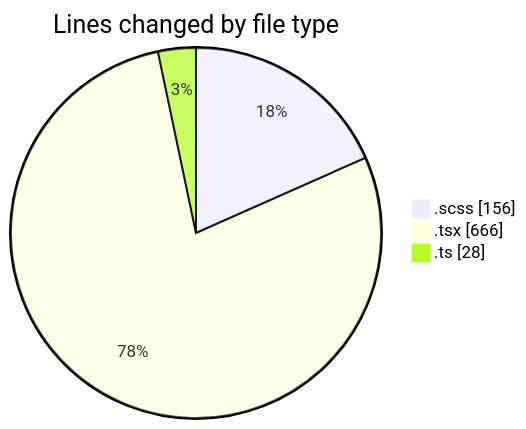
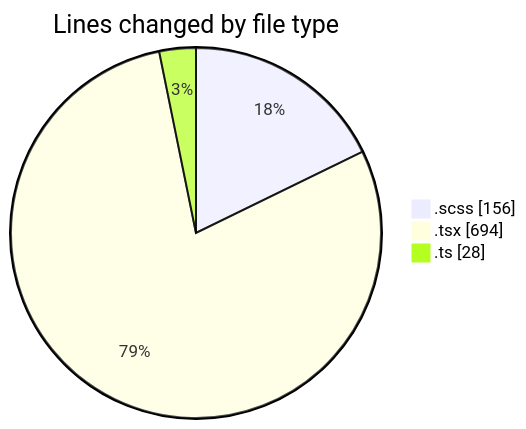
One commit to momahboobian/code-tracking changed the first of 2 diagrams in 2025-02-10/cda/README.md. Above: the diagram before and after it, drawn with Mermaid. The commit also changed other lines of this file and 1 other file, not shown here.

````diff
--- a/2025-02-10/cda/README.md
+++ b/2025-02-10/cda/README.md
@@ -25,7 +25,7 @@
 ```mermaid
 pie showData
 title Lines changed by file type
 ".scss" : 156
-".tsx" : 666
+".tsx" : 694
 ".ts" : 28
 ```
````
